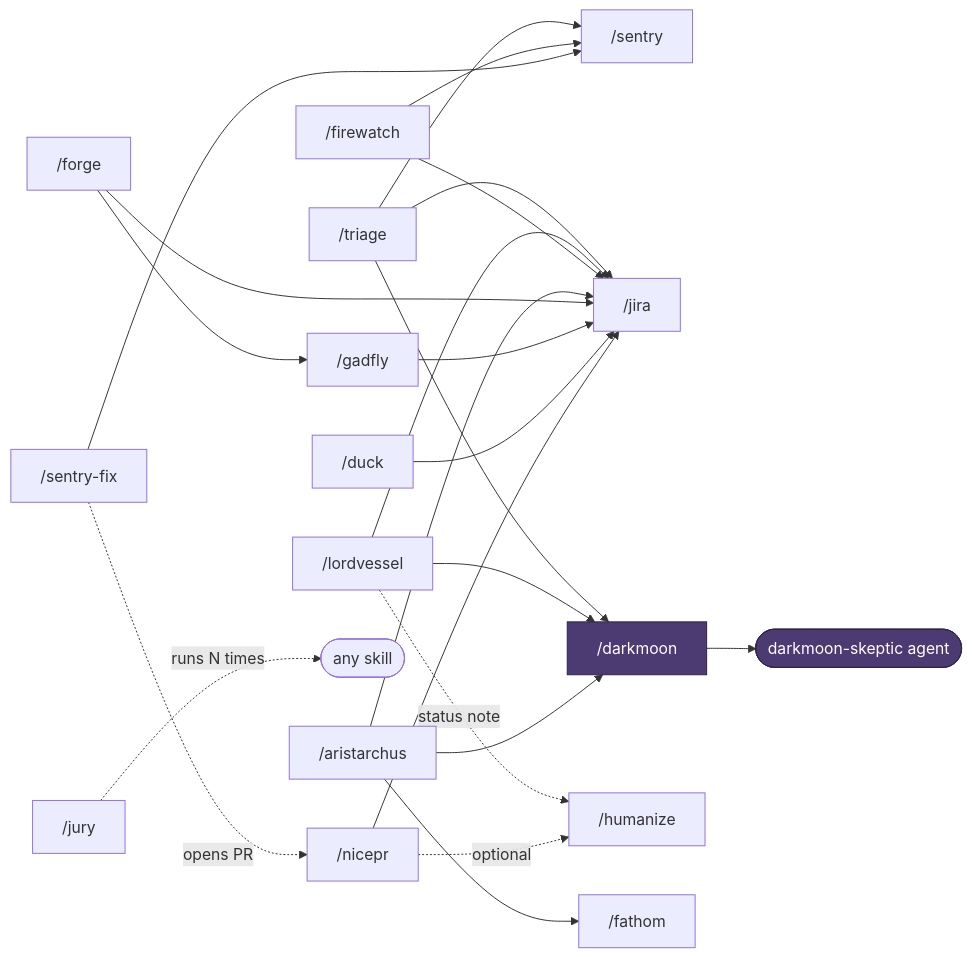
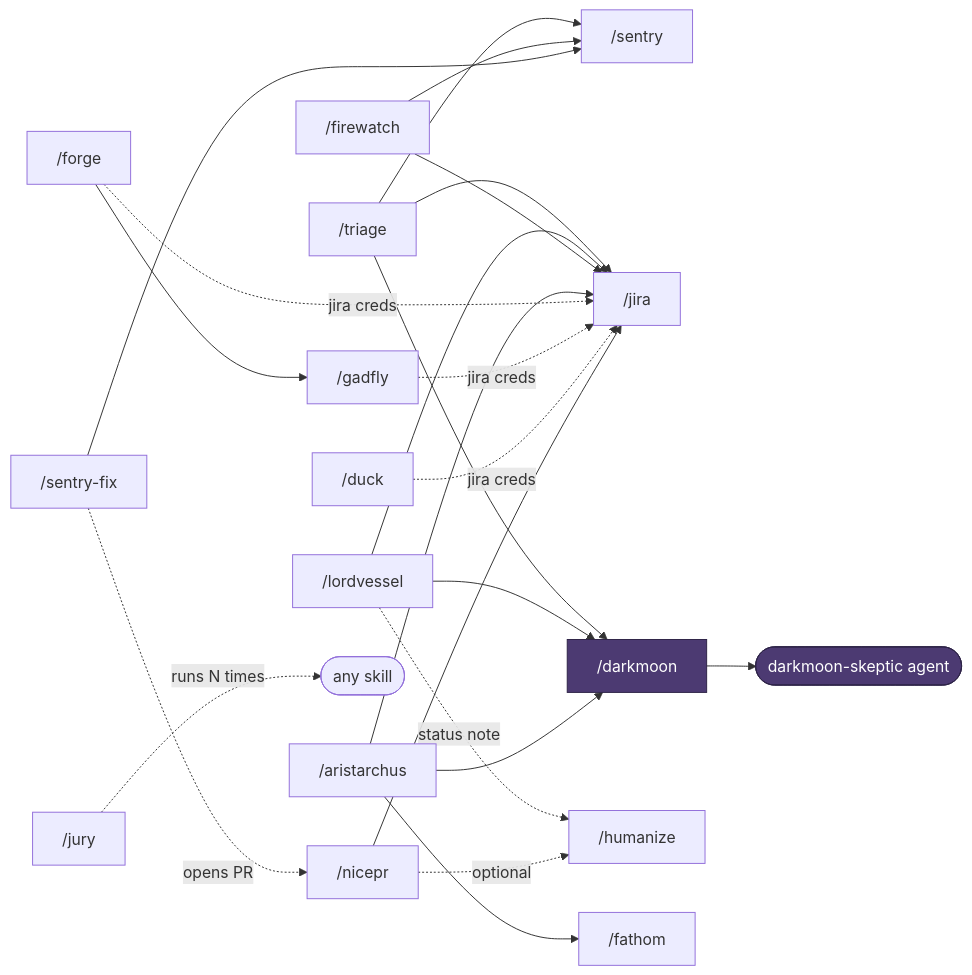
Before and after one commit to sgtlaugh/skills: the diagram in README.md, drawn with Mermaid. The commit also changed other lines of this file and 5 other files, not shown here.

````diff
--- a/README.md
+++ b/README.md
@@ -99,27 +99,27 @@
 ```mermaid
 flowchart LR
     triage["/triage"] --> sentry["/sentry"]
     triage --> jira["/jira"]
     triage --> darkmoon["/darkmoon"]
     lordvessel["/lordvessel"] --> jira
     lordvessel --> darkmoon
     lordvessel -. status note .-> humanize
     firewatch["/firewatch"] --> sentry
     sentryfix["/sentry-fix"] --> sentry
     sentryfix -. opens PR .-> nicepr
     firewatch --> jira
     aristarchus["/aristarchus"] --> darkmoon
     aristarchus --> fathom["/fathom"]
     aristarchus --> jira
     forge["/forge"] --> gadfly["/gadfly"]
-    forge --> jira
-    gadfly --> jira
-    duck["/duck"] --> jira
+    forge -. jira creds .-> jira
+    gadfly -. jira creds .-> jira
+    duck["/duck"] -. jira creds .-> jira
     nicepr["/nicepr"] --> jira
     nicepr -. optional .-> humanize["/humanize"]
     jury["/jury"] -. runs N times .-> anyskill([any skill])
     darkmoon --> skeptic([darkmoon-skeptic agent])
 
     classDef verifier fill:#4c3a72,stroke:#2e2347,color:#fff
     class darkmoon,skeptic verifier
 ```
````
